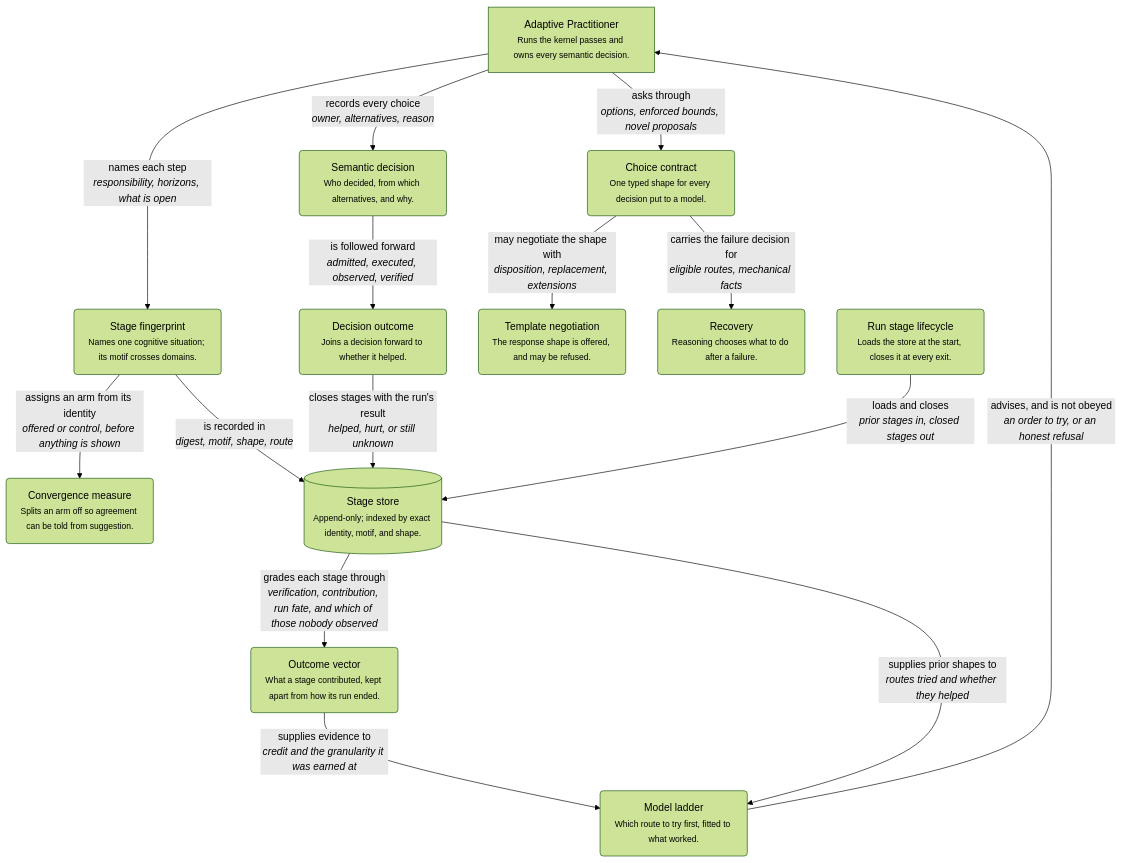
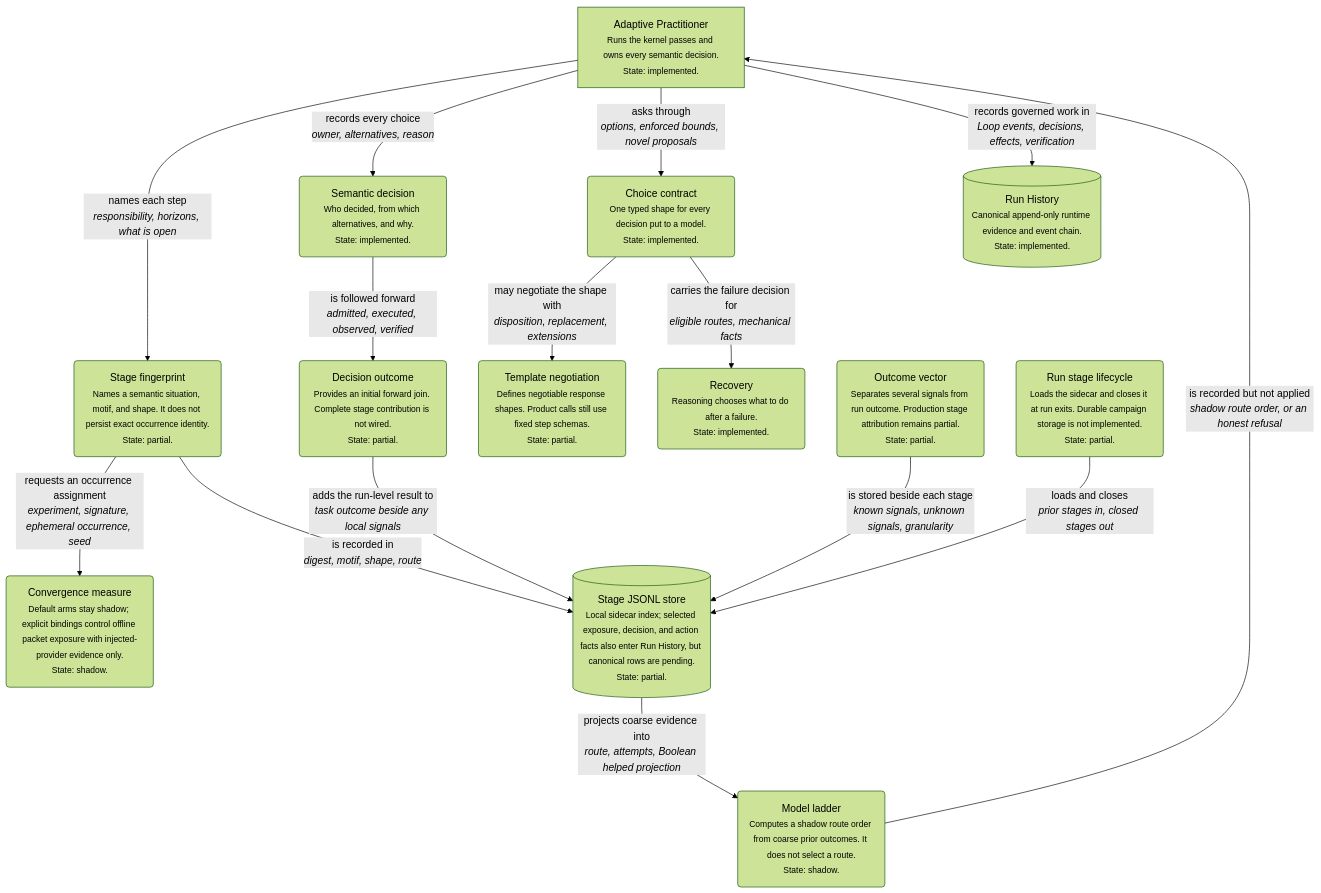
Before and after one commit to alisonjieli-png/loop-engine: the third of 7 diagrams in docs/ARCHITECTURE-DIAGRAMS.md, drawn with Mermaid (forest theme). The commit also changed other lines of this file and 411 other files, not shown here.

````diff
--- a/docs/ARCHITECTURE-DIAGRAMS.md
+++ b/docs/ARCHITECTURE-DIAGRAMS.md
@@ -82,34 +147,35 @@
 ```mermaid
-%% What a run records, and what later runs read — component level
+%% What a run records, and what later runs read: component level
 %% Generated from the typed model; do not edit by hand.
 flowchart TD
-    practitioner["Adaptive Practitioner<br/><small>Runs the kernel passes and owns every semantic decision.</small>"]
-    stage("Stage fingerprint<br/><small>Names one cognitive situation; its motif crosses domains.</small>")
-    decision("Semantic decision<br/><small>Who decided, from which alternatives, and why.</small>")
-    outcome("Decision outcome<br/><small>Joins a decision forward to whether it helped.</small>")
-    choice("Choice contract<br/><small>One typed shape for every decision put to a model.</small>")
-    template("Template negotiation<br/><small>The response shape is offered, and may be refused.</small>")
-    recovery("Recovery<br/><small>Reasoning chooses what to do after a failure.</small>")
-    ladder("Model ladder<br/><small>Which route to try first, fitted to what worked.</small>")
-    convergence("Convergence measure<br/><small>Splits an arm off so agreement can be told from suggestion.</small>")
-    credit("Outcome vector<br/><small>What a stage contributed, kept apart from how its run ended.</small>")
-    store[("Stage store<br/><small>Append-only; indexed by exact identity, motif, and shape.</small>")]
-    lifecycle("Run stage lifecycle<br/><small>Loads the store at the start, closes it at every exit.</small>")
+    practitioner["Adaptive Practitioner<br/><small>Runs the kernel passes and owns every semantic decision.</small><br/><small>State: implemented.</small>"]
+    stage("Stage fingerprint<br/><small>Names a semantic situation, motif, and shape. It does not persist exact occurrence identity.</small><br/><small>State: partial.</small>")
+    decision("Semantic decision<br/><small>Who decided, from which alternatives, and why.</small><br/><small>State: implemented.</small>")
+    outcome("Decision outcome<br/><small>Provides an initial forward join. Complete stage contribution is not wired.</small><br/><small>State: partial.</small>")
+    choice("Choice contract<br/><small>One typed shape for every decision put to a model.</small><br/><small>State: implemented.</small>")
+    template("Template negotiation<br/><small>Defines negotiable response shapes. Product calls still use fixed step schemas.</small><br/><small>State: partial.</small>")
+    recovery("Recovery<br/><small>Reasoning chooses what to do after a failure.</small><br/><small>State: implemented.</small>")
+    ladder("Model ladder<br/><small>Computes a shadow route order from coarse prior outcomes. It does not select a route.</small><br/><small>State: shadow.</small>")
+    convergence("Convergence measure<br/><small>Default arms stay shadow; explicit bindings control offline packet exposure with injected-provider evidence only.</small><br/><small>State: shadow.</small>")
+    credit("Outcome vector<br/><small>Separates several signals from run outcome. Production stage attribution remains partial.</small><br/><small>State: partial.</small>")
+    store[("Stage JSONL store<br/><small>Local sidecar index; selected exposure, decision, and action facts also enter Run History, but canonical rows are pending.</small><br/><small>State: partial.</small>")]
+    lifecycle("Run stage lifecycle<br/><small>Loads the sidecar and closes it at run exits. Durable campaign storage is not implemented.</small><br/><small>State: partial.</small>")
+    history[("Run History<br/><small>Canonical append-only runtime evidence and event chain.</small><br/><small>State: implemented.</small>")]
 
-    store -->|"grades each stage through<br/><i>verification, contribution, run fate, and which of those nobody observed</i>"| credit
-    credit -->|"supplies evidence to<br/><i>credit and the granularity it was earned at</i>"| ladder
+    credit -->|"is stored beside each stage<br/><i>known signals, unknown signals, granularity</i>"| store
+    store -->|"projects coarse evidence into<br/><i>route, attempts, Boolean helped projection</i>"| ladder
     practitioner -->|"names each step<br/><i>responsibility, horizons, what is open</i>"| stage
     practitioner -->|"records every choice<br/><i>owner, alternatives, reason</i>"| decision
     decision -->|"is followed forward<br/><i>admitted, executed, observed, verified</i>"| outcome
     practitioner -->|"asks through<br/><i>options, enforced bounds, novel proposals</i>"| choice
     choice -->|"may negotiate the shape with<br/><i>disposition, replacement, extensions</i>"| template
     choice -->|"carries the failure decision for<br/><i>eligible routes, mechanical facts</i>"| recovery
-    stage -->|"assigns an arm from its identity<br/><i>offered or control, before anything is shown</i>"| convergence
+    stage -->|"requests an occurrence assignment<br/><i>experiment, signature, ephemeral occurrence, seed</i>"| convergence
     lifecycle -->|"loads and closes<br/><i>prior stages in, closed stages out</i>"| store
     stage -->|"is recorded in<br/><i>digest, motif, shape, route</i>"| store
-    store -->|"supplies prior shapes to<br/><i>routes tried and whether they helped</i>"| ladder
-    ladder -->|"advises, and is not obeyed<br/><i>an order to try, or an honest refusal</i>"| practitioner
-    outcome -->|"closes stages with the run's result<br/><i>helped, hurt, or still unknown</i>"| store
+    ladder -->|"is recorded but not applied<br/><i>shadow route order, or an honest refusal</i>"| practitioner
+    outcome -->|"adds the run-level result to<br/><i>task outcome beside any local signals</i>"| store
+    practitioner -->|"records governed work in<br/><i>Loop events, decisions, effects, verification</i>"| history
 
-%% The loop that makes the engine self-observing. Advice flows out of the store and is recorded rather than obeyed.
+%% Default ladder advice stays shadow. An explicit offline binding can expose prior material, with mechanism-only evidence.
 ```
````
